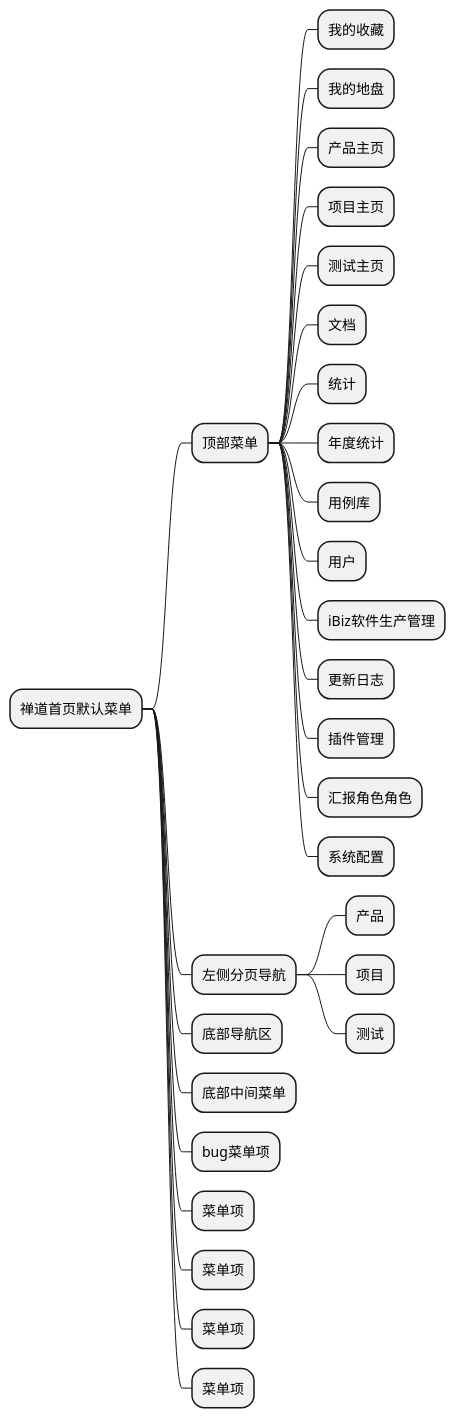
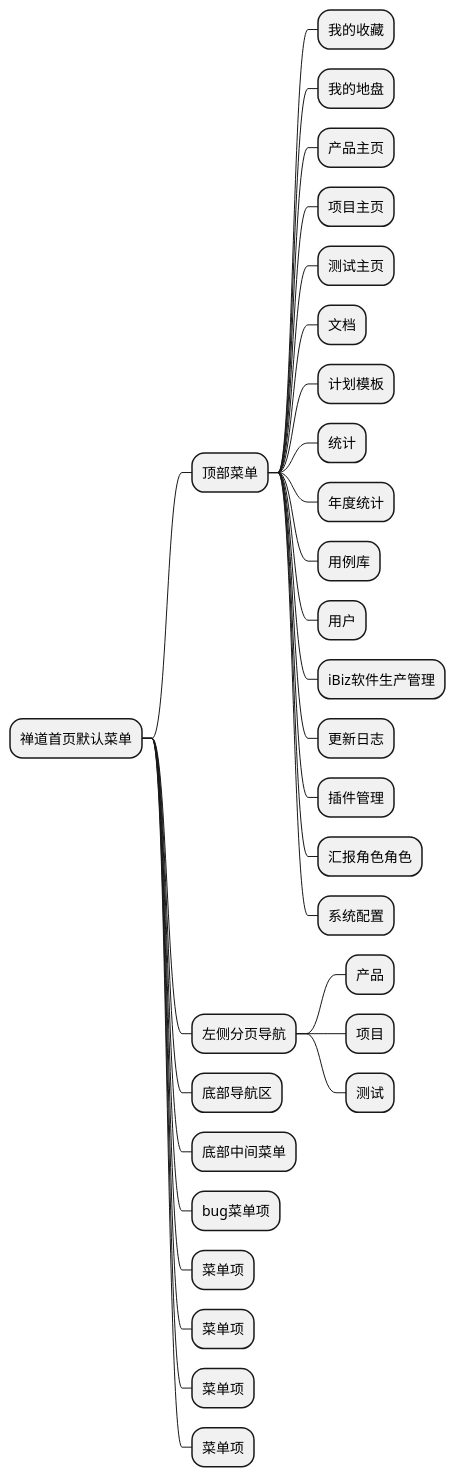
The diagram in ibizpms-docs/src/main/doc/v1/app/web/zentao.md (zj335841911/nt_chandao), drawn with PlantUML before and after one commit. The commit also changed other lines of this file and 46 other files, not shown here.

```diff
--- a/ibizpms-docs/src/main/doc/v1/app/web/zentao.md
+++ b/ibizpms-docs/src/main/doc/v1/app/web/zentao.md
@@ -5,32 +5,33 @@
 {% plantuml %}
 @startmindmap
 * 禅道首页默认菜单
 ** 顶部菜单
 *** 我的收藏
 *** 我的地盘
 *** 产品主页
 *** 项目主页
 *** 测试主页
 *** 文档
+*** 计划模板
 *** 统计
 *** 年度统计
 *** 用例库
 *** 用户
 *** iBiz软件生产管理
 *** 更新日志
 *** 插件管理
 *** 汇报角色角色
 *** 系统配置
 ** 左侧分页导航
 *** 产品
 *** 项目
 *** 测试
 ** 底部导航区
 ** 底部中间菜单
 ** bug菜单项
 ** 菜单项
 ** 菜单项
 ** 菜单项
 ** 菜单项
 @endmindmap
 {% endplantuml %}
```
